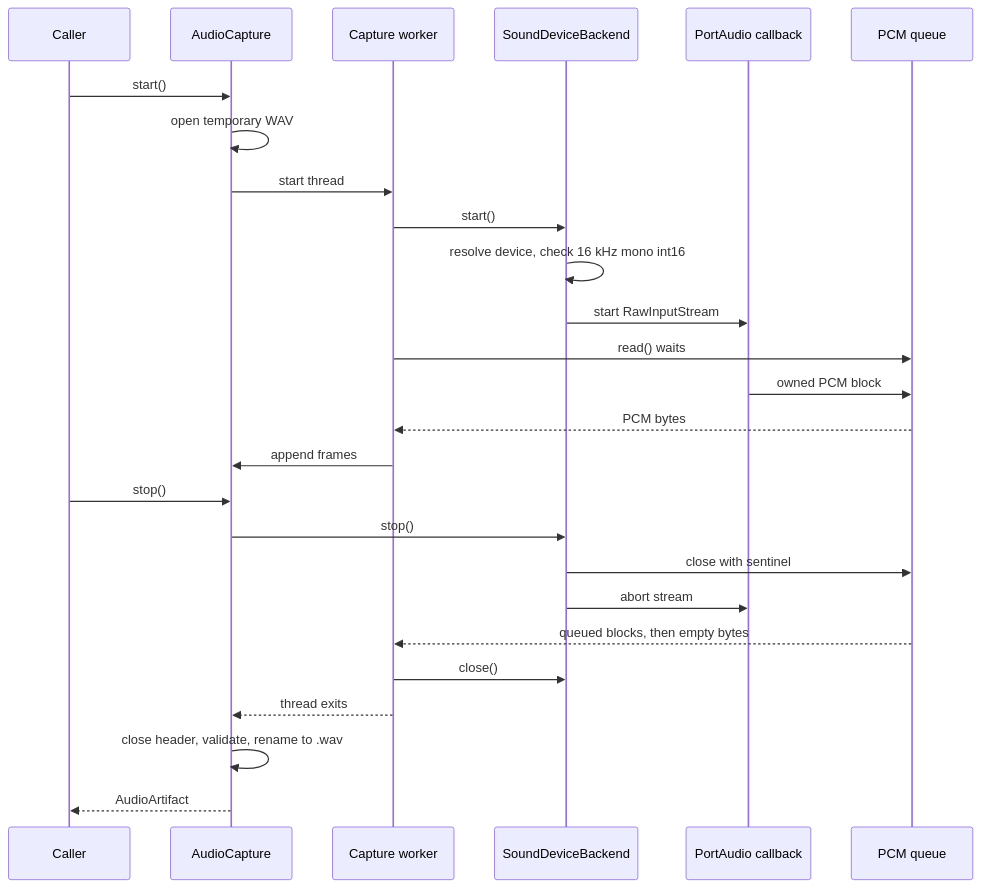
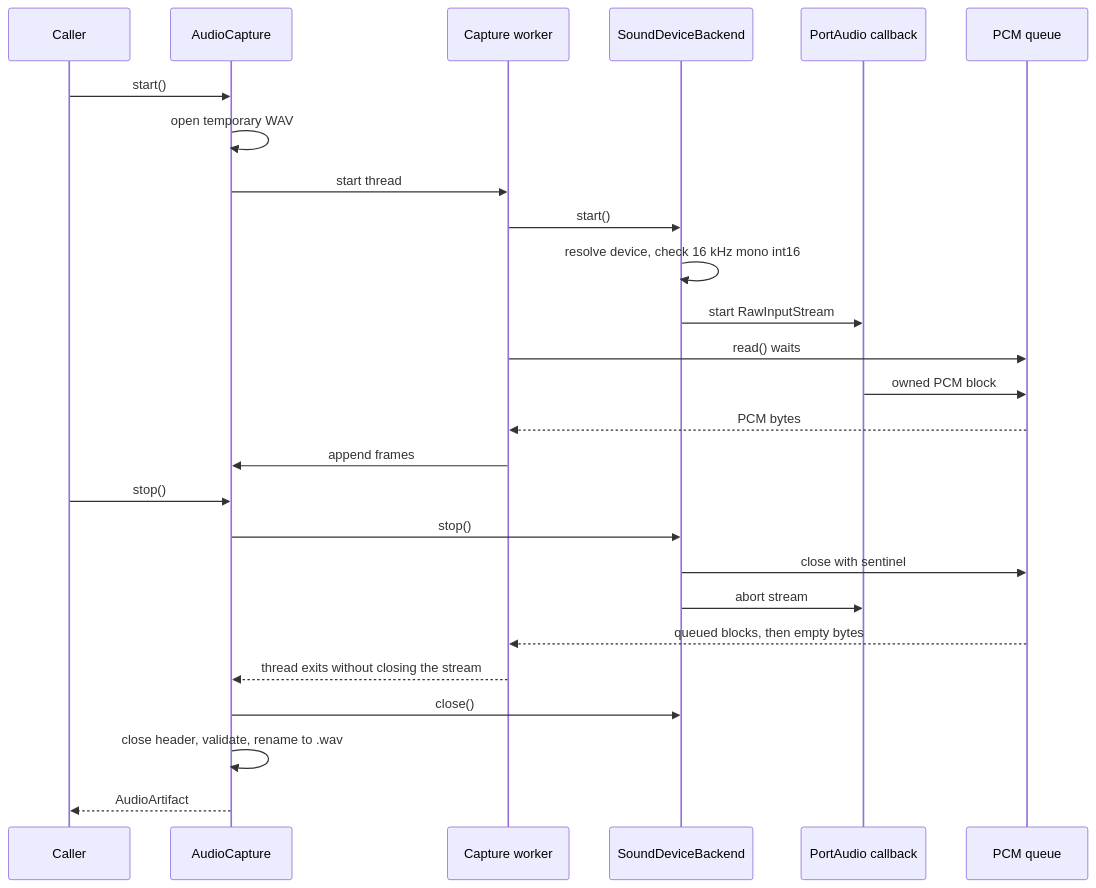
The second of 2 diagrams in docs/architecture/audio-capture.md (tpII/2026-g3-voicestock), drawn with Mermaid before and after one commit. The commit also changed other lines of this file and 2 other files, not shown here.

Commit message:
docs(audio): clarify stream lifecycle ownership and shutdown

````diff
--- a/docs/architecture/audio-capture.md
+++ b/docs/architecture/audio-capture.md
@@ -224,29 +249,29 @@
 ```mermaid
 sequenceDiagram
     participant Caller
     participant Capture as AudioCapture
     participant Worker as Capture worker
     participant Backend as SoundDeviceBackend
     participant Callback as PortAudio callback
     participant Queue as PCM queue
 
     Caller->>Capture: start()
     Capture->>Capture: open temporary WAV
     Capture->>Worker: start thread
     Worker->>Backend: start()
     Backend->>Backend: resolve device, check 16 kHz mono int16
     Backend->>Callback: start RawInputStream
     Worker->>Queue: read() waits
     Callback->>Queue: owned PCM block
     Queue-->>Worker: PCM bytes
     Worker->>Capture: append frames
     Caller->>Capture: stop()
     Capture->>Backend: stop()
     Backend->>Queue: close with sentinel
     Backend->>Callback: abort stream
     Queue-->>Worker: queued blocks, then empty bytes
-    Worker->>Backend: close()
-    Worker-->>Capture: thread exits
+    Worker-->>Capture: thread exits without closing the stream
+    Capture->>Backend: close()
     Capture->>Capture: close header, validate, rename to .wav
     Capture-->>Caller: AudioArtifact
 ```
````
